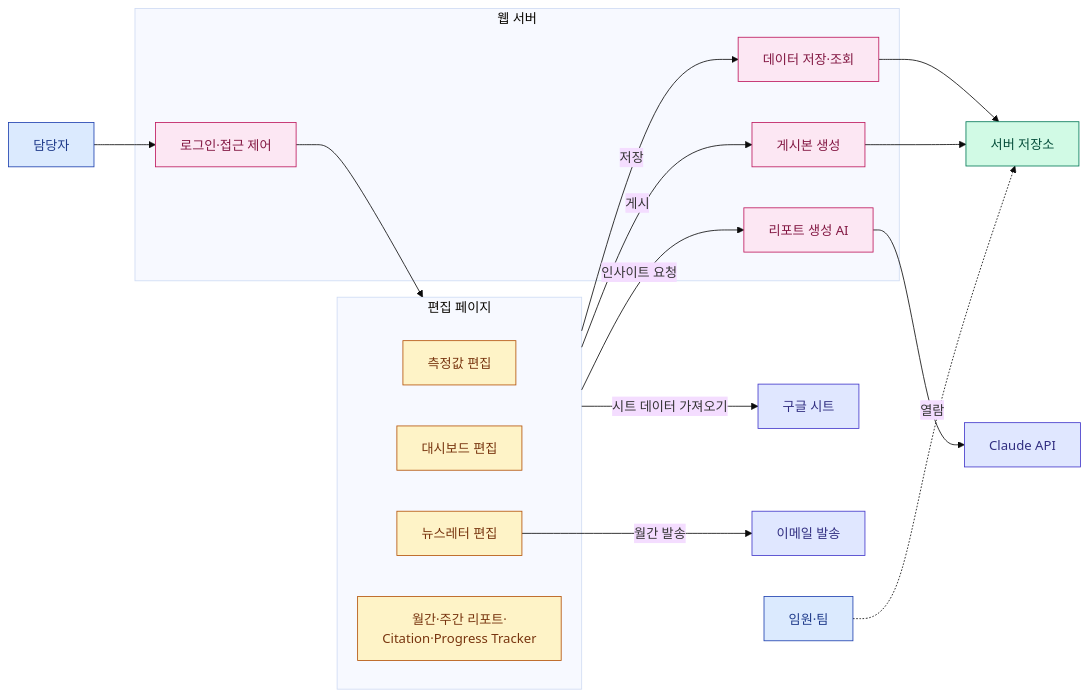
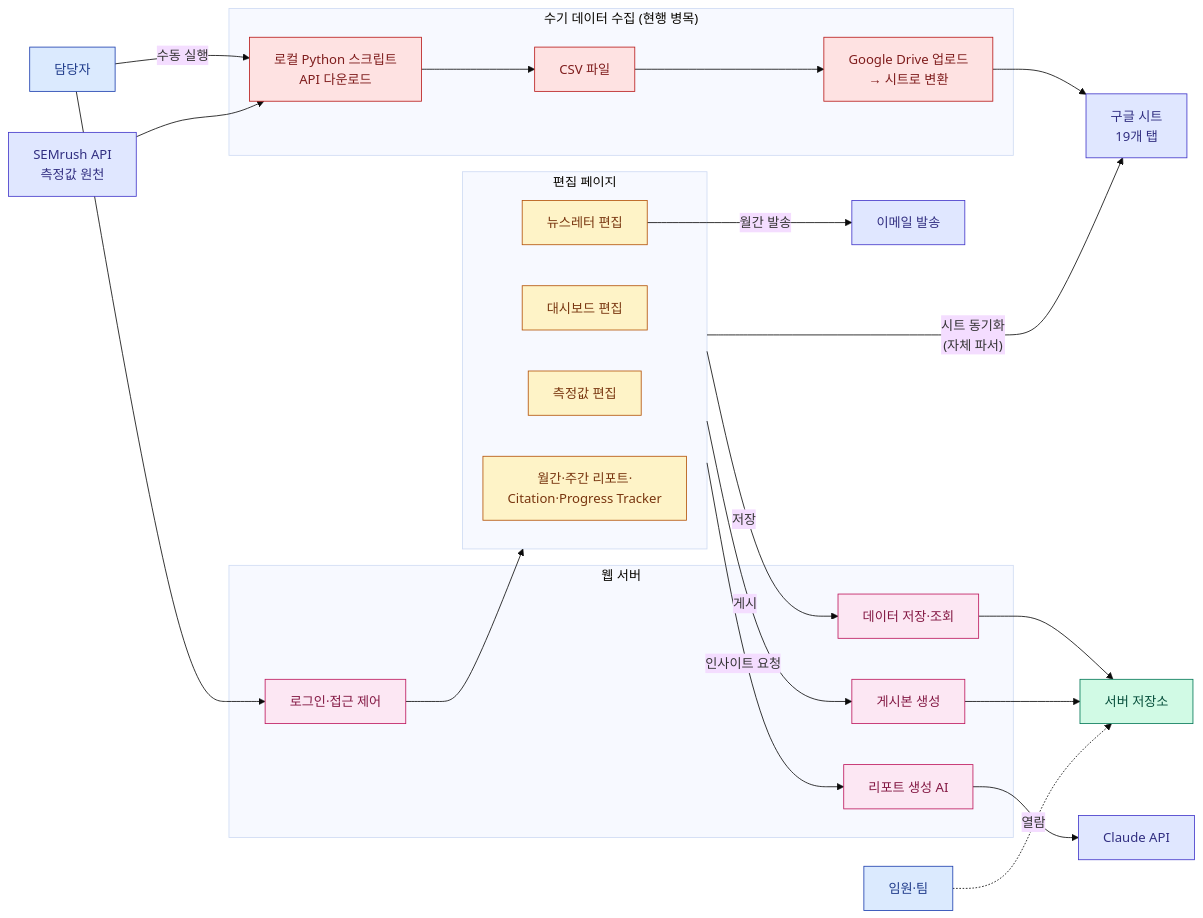
The first of 3 diagrams in docs/ADMIN_PLAN.md (mts8787-droid/my-geo-newsletter), drawn with Mermaid (base theme) before and after one commit. The commit also changed other lines of this file and 1 other file, not shown here.

First line of the commit message:
docs: SEMrush 자동 적재 반영 — 현행/투비 + dashboard-raw-data 레포 연계

````diff
--- a/docs/ADMIN_PLAN.md
+++ b/docs/ADMIN_PLAN.md
@@ -35,38 +35,50 @@
 ```mermaid
 flowchart LR
   classDef user fill:#DBEAFE,stroke:#1E40AF,color:#1E3A8A
+  classDef manual fill:#FEE2E2,stroke:#B91C1C,color:#7F1D1D
   classDef edit fill:#FEF3C7,stroke:#B45309,color:#78350F
   classDef web fill:#FCE7F3,stroke:#BE185D,color:#831843
   classDef store fill:#D1FAE5,stroke:#047857,color:#064E3B
   classDef ext fill:#E0E7FF,stroke:#4338CA,color:#312E81
 
   PIC[담당자]:::user
   Exec[임원·팀]:::user
+
+  SEM[SEMrush API<br/>측정값 원천]:::ext
+
+  subgraph Manual["수기 데이터 수집 (현행 병목)"]
+    Py[로컬 Python 스크립트<br/>API 다운로드]:::manual
+    CSV[CSV 파일]:::manual
+    Drive[Google Drive 업로드<br/>→ 시트로 변환]:::manual
+  end
+
+  GS[구글 시트<br/>19개 탭]:::ext
 
   subgraph Editor["편집 페이지"]
     VE[측정값 편집]:::edit
     DE[대시보드 편집]:::edit
     NE[뉴스레터 편집]:::edit
     Others[월간·주간 리포트·<br/>Citation·Progress Tracker]:::edit
   end
 
   subgraph Web["웹 서버"]
     Auth[로그인·접근 제어]:::web
     API[데이터 저장·조회]:::web
     Pub[게시본 생성]:::web
     AI[리포트 생성 AI]:::web
   end
 
   Files[서버 저장소]:::store
-  GS[구글 시트]:::ext
   Mail[이메일 발송]:::ext
   Claude[Claude API]:::ext
 
+  PIC -- 수동 실행 --> Py
+  SEM --> Py --> CSV --> Drive --> GS
   PIC --> Auth --> Editor
-  Editor -- 시트 데이터 가져오기 --> GS
+  Editor -- 시트 동기화<br/>(자체 파서) --> GS
   Editor -- 저장 --> API --> Files
   Editor -- 인사이트 요청 --> AI --> Claude
   Editor -- 게시 --> Pub --> Files
   NE -- 월간 발송 --> Mail
   Exec -. 열람 .-> Files
 ```
````
